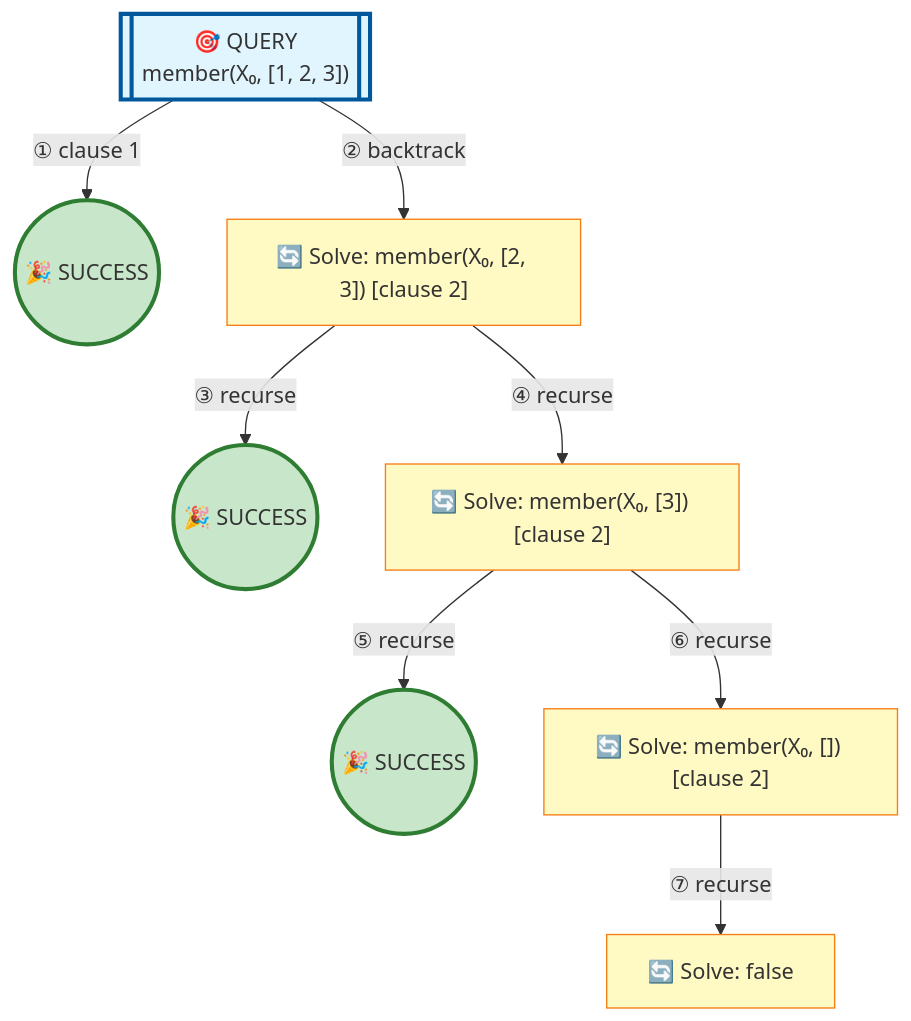
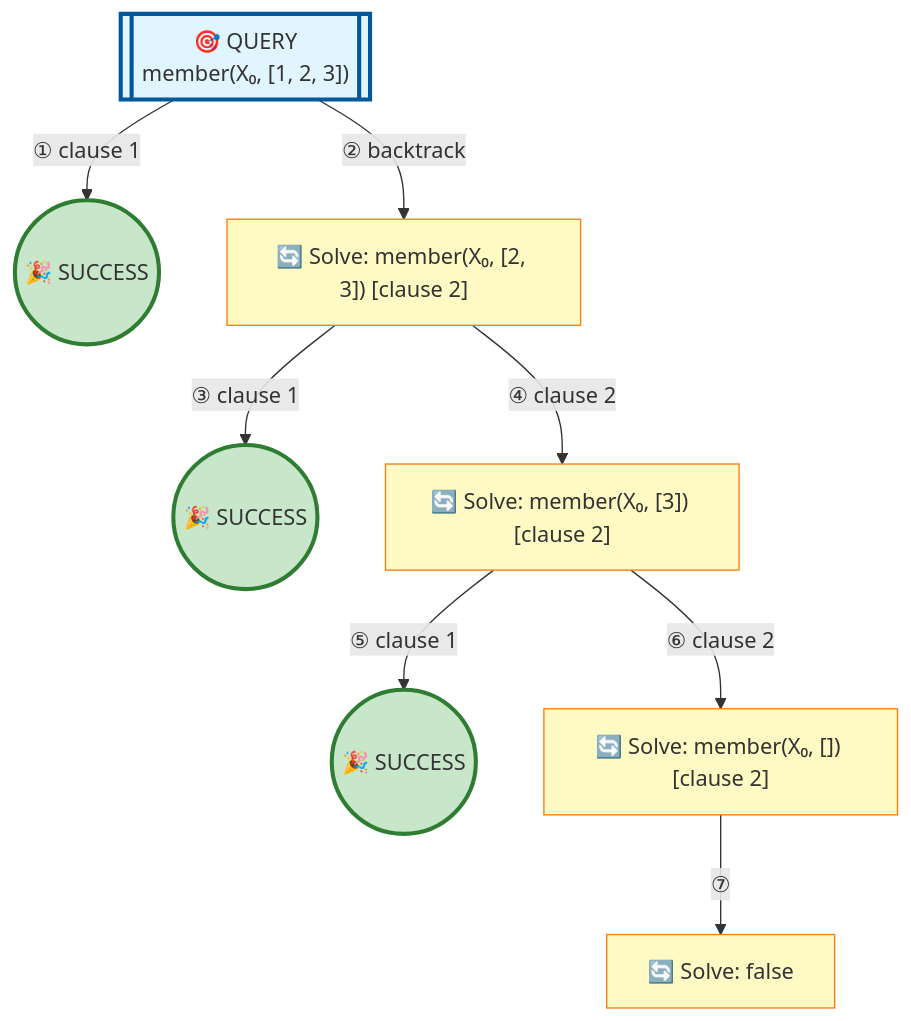
Before and after one commit to jarecsni/prolog-trace-viz: the diagram in examples/member-output.md, drawn with Mermaid. The commit also changed 4 other files, not shown here.

````diff
--- a/examples/member-output.md
+++ b/examples/member-output.md
@@ -11,32 +11,32 @@
 ```mermaid
 graph TD
 
 %% Nodes
 A[["🎯 QUERY<br/>member(X₀, [1, 2, 3])"]]
 B(("🎉 SUCCESS"))
 C["🔄 Solve: member(X₀, [2, 3]) [clause 2]"]
 D(("🎉 SUCCESS"))
 E["🔄 Solve: member(X₀, [3]) [clause 2]"]
 F(("🎉 SUCCESS"))
 G["🔄 Solve: member(X₀, []) [clause 2]"]
 H["🔄 Solve: false"]
 
 %% Edges
 A -->|"① clause 1"| B
 A -->|"② backtrack"| C
-C -->|"③ recurse"| D
-C -->|"④ recurse"| E
-E -->|"⑤ recurse"| F
-E -->|"⑥ recurse"| G
-G -->|"⑦ recurse"| H
+C -->|"③ clause 1"| D
+C -->|"④ clause 2"| E
+E -->|"⑤ clause 1"| F
+E -->|"⑥ clause 2"| G
+G -->|"⑦"| H
 
 %% Styles
 style A fill:#e1f5ff,stroke:#01579b,stroke-width:3px
 style B fill:#c8e6c9,stroke:#2e7d32,stroke-width:3px
 style C fill:#fff9c4,stroke:#f57f17
 style D fill:#c8e6c9,stroke:#2e7d32,stroke-width:3px
 style E fill:#fff9c4,stroke:#f57f17
 style F fill:#c8e6c9,stroke:#2e7d32,stroke-width:3px
 style G fill:#fff9c4,stroke:#f57f17
 style H fill:#fff9c4,stroke:#f57f17
 ```
````
